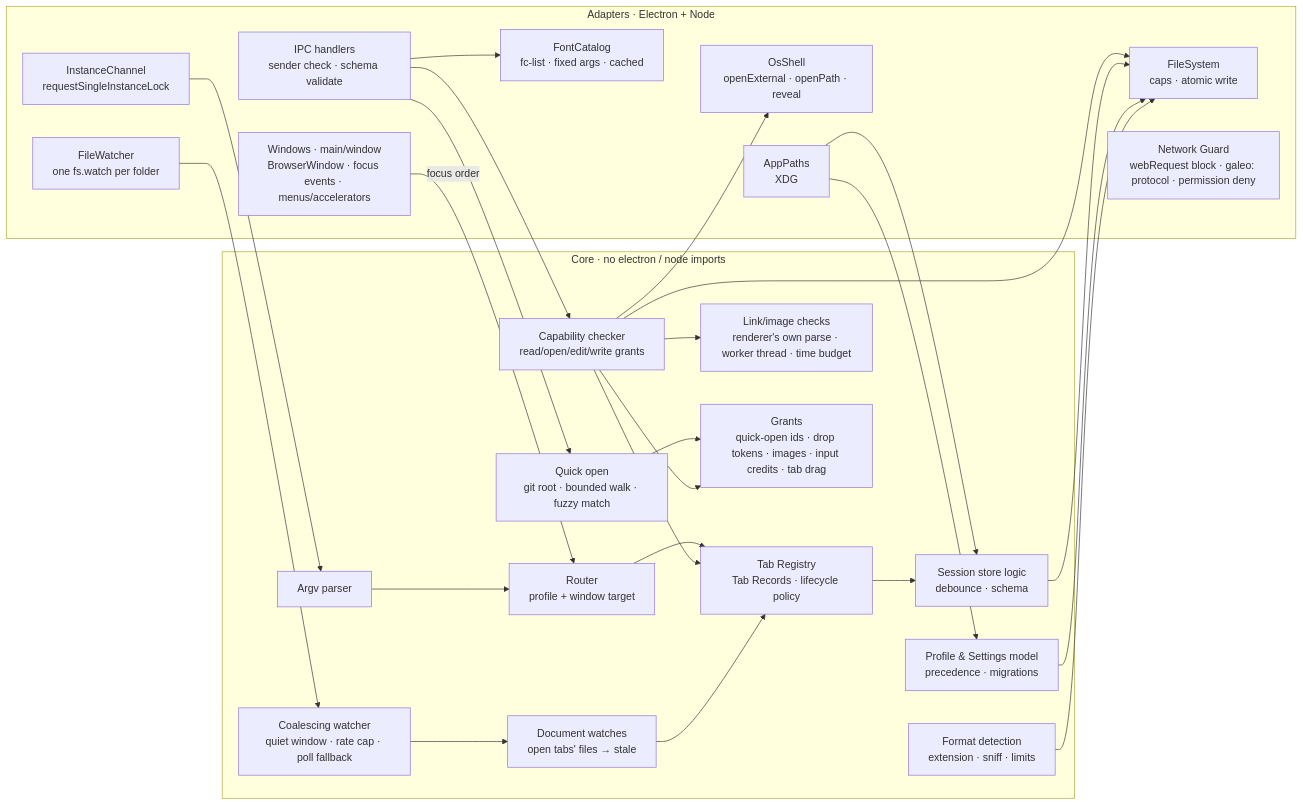
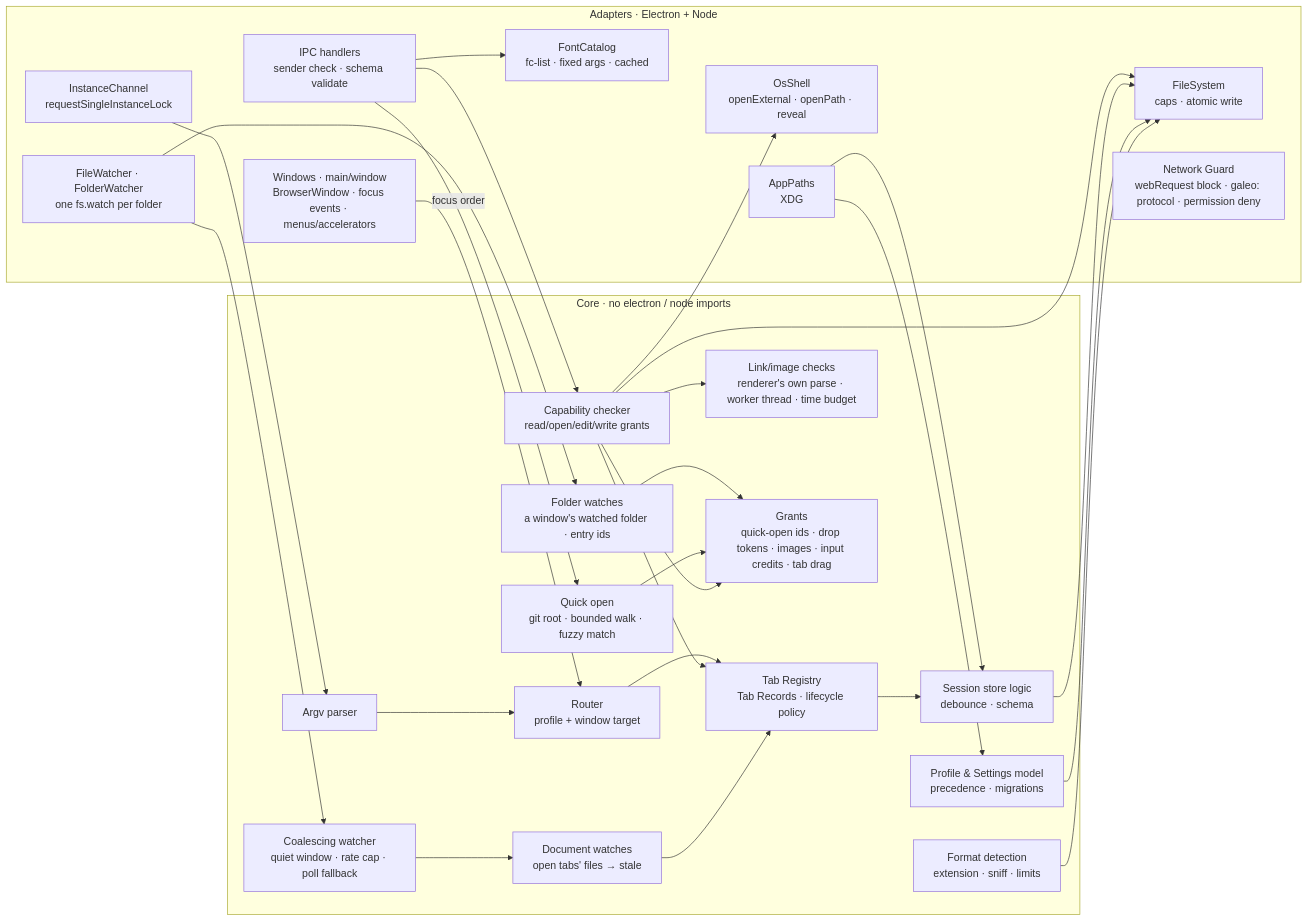
One commit to SWEStash/galeo changed the third of 8 diagrams in docs/ARCHITECTURE.md. Above: the diagram before and after it, drawn with Mermaid. The commit also changed other lines of this file and 3 other files, not shown here.

````diff
--- a/docs/ARCHITECTURE.md
+++ b/docs/ARCHITECTURE.md
@@ -153,41 +153,43 @@
 ```mermaid
 flowchart LR
   subgraph core[Core · no electron / node imports]
     argv[Argv parser]
     routing[Router<br/>profile + window target]
     reg[Tab Registry<br/>Tab Records · lifecycle policy]
     prof[Profile & Settings model<br/>precedence · migrations]
     sess[Session store logic<br/>debounce · schema]
     caps[Capability checker<br/>read/open/edit/write grants]
     links[Link/image checks<br/>renderer's own parse · worker thread · time budget]
     fmt[Format detection<br/>extension · sniff · limits]
     coal[Coalescing watcher<br/>quiet window · rate cap · poll fallback]
     dw[Document watches<br/>open tabs' files → stale]
+    fw[Folder watches<br/>a window's watched folder · entry ids]
     qoc[Quick open<br/>git root · bounded walk · fuzzy match]
     grants[Grants<br/>quick-open ids · drop tokens · images · input credits · tab drag]
   end
   subgraph adapt[Adapters · Electron + Node]
     inst[InstanceChannel<br/>requestSingleInstanceLock]
     win[Windows · main/window<br/>BrowserWindow · focus events · menus/accelerators]
     fsys[FileSystem<br/>caps · atomic write]
-    watch[FileWatcher<br/>one fs.watch per folder]
+    watch[FileWatcher · FolderWatcher<br/>one fs.watch per folder]
     shellp[OsShell<br/>openExternal · openPath · reveal]
     fonts[FontCatalog<br/>fc-list · fixed args · cached]
     paths[AppPaths<br/>XDG]
     ipc[IPC handlers<br/>sender check · schema validate]
     netg[Network Guard<br/>webRequest block · galeo: protocol · permission deny]
   end
   inst --> argv --> routing --> reg
   win -- focus order --> routing
   ipc --> caps
   caps --> links & reg
   caps --> fsys & shellp
   reg --> sess --> fsys
   prof --> fsys
   fmt --> fsys
   watch --> coal --> dw --> reg
+  watch --> fw --> grants
   ipc --> qoc --> grants
   ipc --> fonts
   caps --> grants
   paths --> sess & prof
 ```
````
